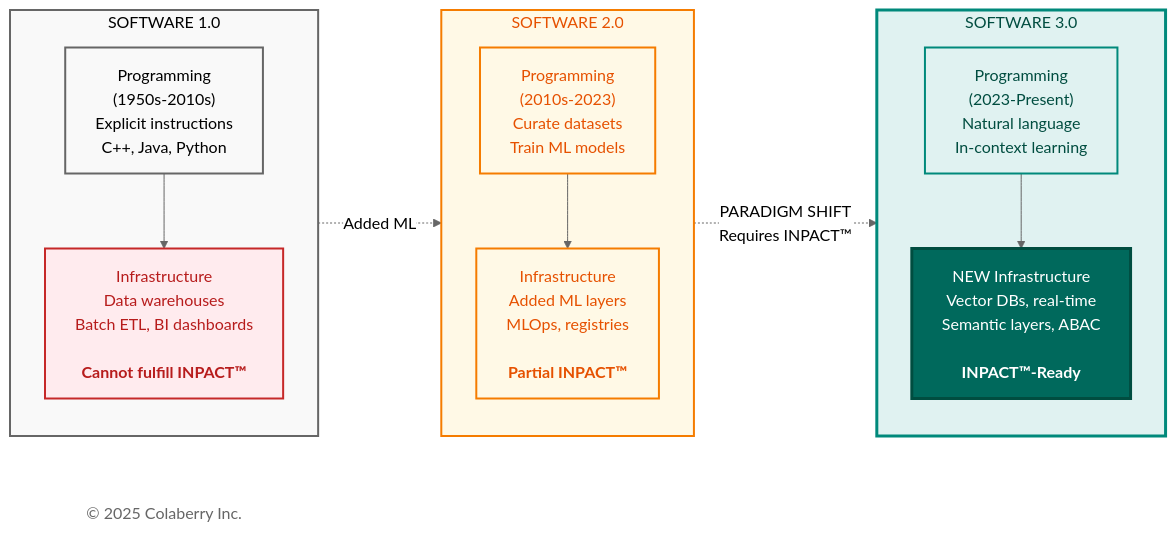
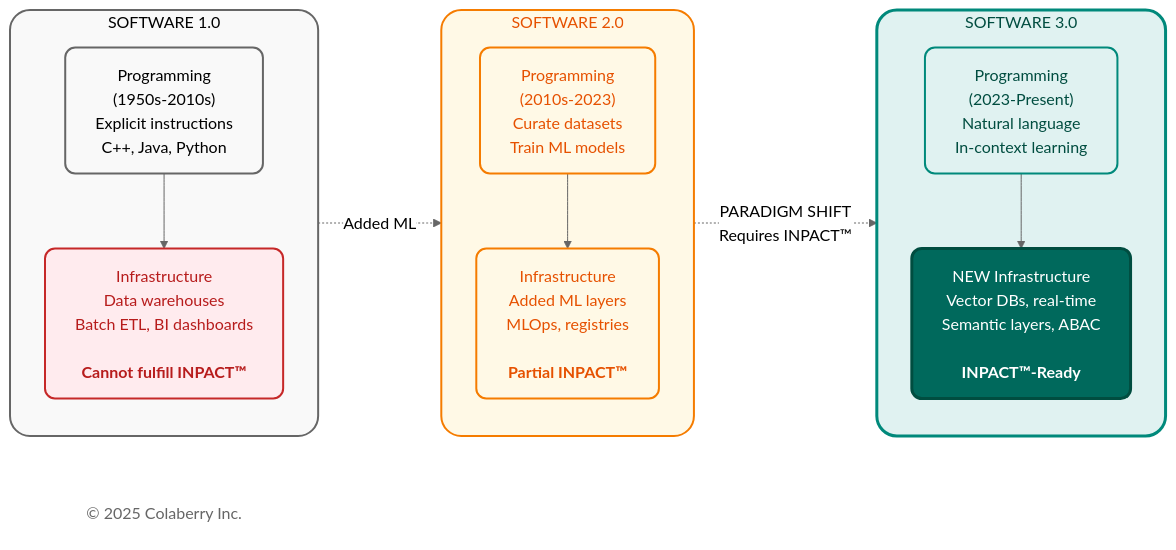
One commit to saitejesh-cyber/trust-before-intelligence-book changed the third of 6 diagrams in manuscript/02_chapter_1_why_agents_fail.md. Above: the diagram before and after it, drawn with Mermaid (neutral theme). The commit also changed other lines of this file, not shown here.

````diff
--- a/manuscript/02_chapter_1_why_agents_fail.md
+++ b/manuscript/02_chapter_1_why_agents_fail.md
@@ -406,38 +406,38 @@
 ```mermaid
 
 graph LR
     subgraph sw1["SOFTWARE 1.0"]
         direction TB
         prog1["Programming<br/>(1950s-2010s)<br/>Explicit instructions<br/>C++, Java, Python"]
         infra1["Infrastructure<br/>Data warehouses<br/>Batch ETL, BI dashboards<br/><br/><b>Cannot fulfill INPACT™"</b>]
         prog1 --> infra1
     end
     subgraph sw2["SOFTWARE 2.0"]
         direction TB
         prog2["Programming<br/>(2010s-2023)<br/>Curate datasets<br/>Train ML models"]
         infra2["Infrastructure<br/>Added ML layers<br/>MLOps, registries<br/><br/><b>Partial INPACT™"</b>]
         prog2 --> infra2
     end
     subgraph sw3["SOFTWARE 3.0"]
         direction TB
         prog3["Programming<br/>(2023-Present)<br/>Natural language<br/>In-context learning"]
         infra3["NEW Infrastructure<br/>Vector DBs, real-time<br/>Semantic layers, ABAC<br/><br/><b>INPACT™-Ready</b>"]
         prog3 --> infra3
     end
     sw1 -.->|"Added ML"| sw2
     sw2 -.->|"PARADIGM SHIFT<br/>Requires INPACT™"| sw3
     
     Copyright["© 2025 Colaberry Inc."]
     
-    style sw1 fill:#f9f9f9,stroke:#666666,stroke-width:2px,color:#000000
-    style sw2 fill:#fff9e6,stroke:#f57c00,stroke-width:2px,color:#e65100
-    style sw3 fill:#e0f2f1,stroke:#00897b,stroke-width:3px,color:#004d40
-    style prog1 fill:#f9f9f9,stroke:#666666,stroke-width:2px,color:#000000
-    style infra1 fill:#ffebee,stroke:#c62828,stroke-width:2px,color:#b71c1c
-    style prog2 fill:#fff9e6,stroke:#f57c00,stroke-width:2px,color:#e65100
-    style infra2 fill:#fff9e6,stroke:#f57c00,stroke-width:2px,color:#e65100
-    style prog3 fill:#e0f2f1,stroke:#00897b,stroke-width:2px,color:#004d40
-    style infra3 fill:#00695c,color:#ffffff,stroke:#004d40,stroke-width:3px
-    style Copyright fill:#ffffff,stroke:none,color:#666666
+    style sw1 fill:#f9f9f9,stroke:#666666,stroke-width:2px,color:#000000,rx:2O,ry:20
+    style sw2 fill:#fff9e6,stroke:#f57c00,stroke-width:2px,color:#e65100,rx:2O,ry:20
+    style sw3 fill:#e0f2f1,stroke:#00897b,stroke-width:3px,color:#004d40,rx:2O,ry:20
+    style prog1 fill:#f9f9f9,stroke:#666666,stroke-width:2px,color:#000000,rx:1O,ry:10
+    style infra1 fill:#ffebee,stroke:#c62828,stroke-width:2px,color:#b71c1c,rx:1O,ry:10
+    style prog2 fill:#fff9e6,stroke:#f57c00,stroke-width:2px,color:#e65100,rx:1O,ry:10
+    style infra2 fill:#fff9e6,stroke:#f57c00,stroke-width:2px,color:#e65100,rx:1O,ry:10
+    style prog3 fill:#e0f2f1,stroke:#00897b,stroke-width:2px,color:#004d40,rx:1O,ry:10
+    style infra3 fill:#00695c,color:#ffffff,stroke:#004d40,stroke-width:3px,rx:1O,ry:10
+    style Copyright fill:none,stroke:none,color:#666666
 
 ```
````
